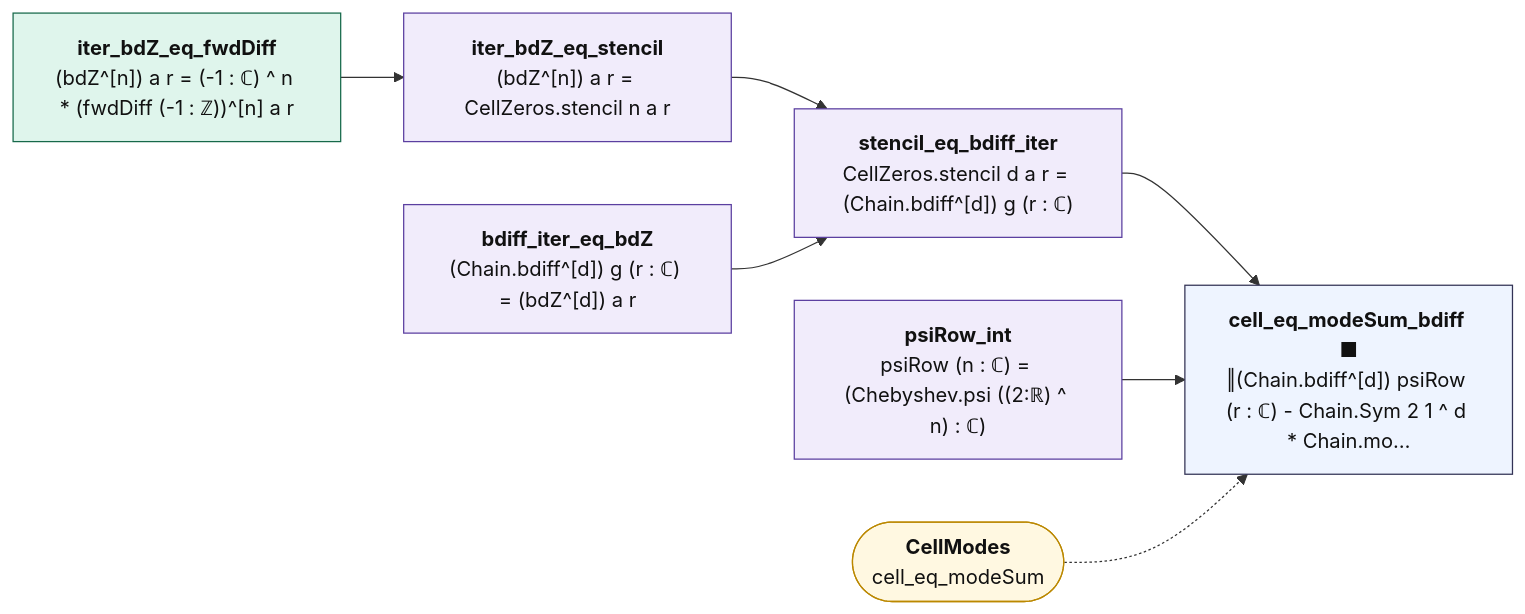
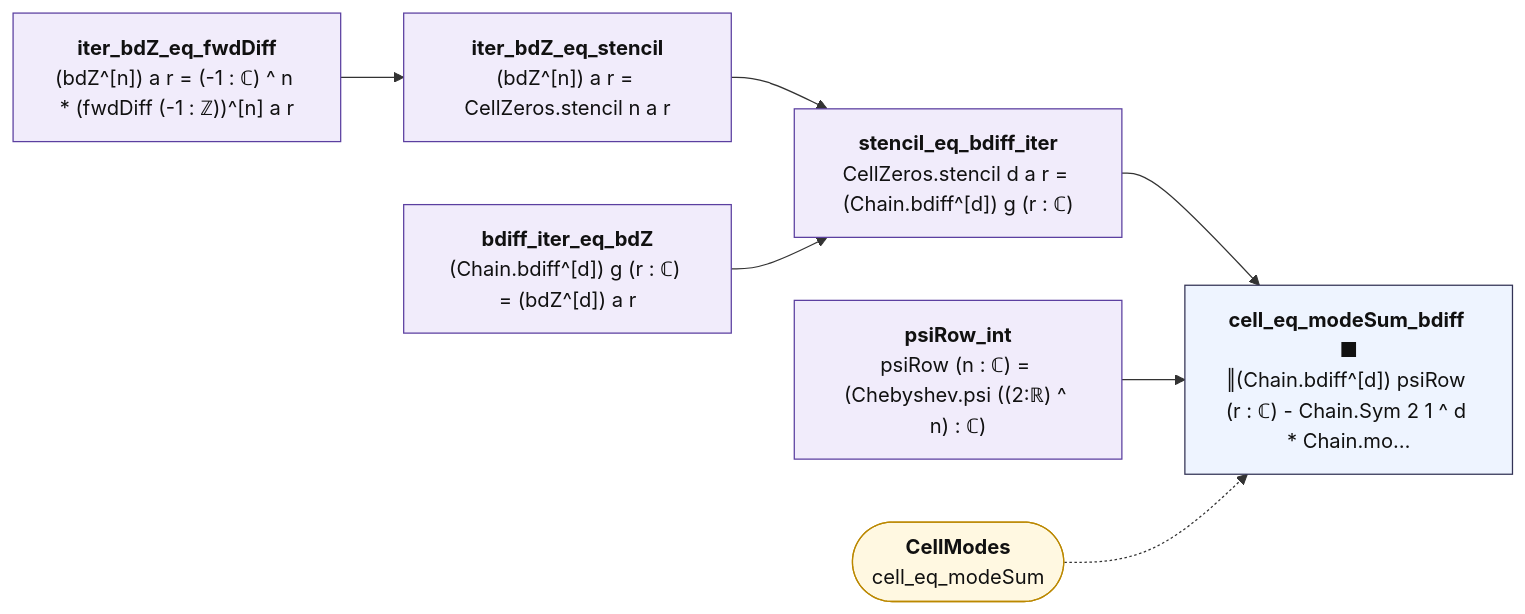
Before and after one commit to juliansambranojr/Primebeat_081426: the diagram in map/lean_stage3/CellBdiff.mmd, drawn with Mermaid. The commit also changed 55 other files, not shown here.

```diff
--- a/map/lean_stage3/CellBdiff.mmd
+++ b/map/lean_stage3/CellBdiff.mmd
@@ -1,22 +1,22 @@
 flowchart LR
-  n0["<b>iter_bdZ_eq_fwdDiff</b><br/>(bdZ^[n]) a r = (-1 : ℂ) ^ n * (fwdDiff (-1 : ℤ))^[n] a r"]:::cnt
+  n0["<b>iter_bdZ_eq_fwdDiff</b><br/>(bdZ^[n]) a r = (-1 : ℂ) ^ n * (fwdDiff (-1 : ℤ))^[n] a r"]:::shp
   n1["<b>iter_bdZ_eq_stencil</b><br/>(bdZ^[n]) a r = CellZeros.stencil n a r"]:::shp
   n2["<b>bdiff_iter_eq_bdZ</b><br/>(Chain.bdiff^[d]) g (r : ℂ) = (bdZ^[d]) a r"]:::shp
   n3["<b>stencil_eq_bdiff_iter</b><br/>CellZeros.stencil d a r = (Chain.bdiff^[d]) g (r : ℂ)"]:::shp
   n4["<b>psiRow_int</b><br/>psiRow (n : ℂ) = (Chebyshev.psi ((2:ℝ) ^ n) : ℂ)"]:::shp
   n5["<b>cell_eq_modeSum_bdiff ■</b><br/>‖(Chain.bdiff^[d]) psiRow (r : ℂ) - Chain.Sym 2 1 ^ d * Chain.mo…"]:::thm
   x0(["<b>CellModes</b><br/>cell_eq_modeSum"]):::ext
   n0 --> n1
   n1 --> n3
   n2 --> n3
   n3 --> n5
   n4 --> n5
   x0 -.-> n5
   classDef cnt fill:#dff5ec,stroke:#17694a,color:#111
   classDef shp fill:#f1ecfb,stroke:#5b3fa0,color:#111
   classDef rh fill:#ffe5e5,stroke:#c22,color:#111,stroke-width:2px
   classDef thm fill:#eef4ff,stroke:#335,color:#111
   classDef end_ fill:#e7f7e7,stroke:#2a7,color:#111,stroke-width:2px
   classDef lone fill:#fff,stroke:#999,color:#111,stroke-dasharray:4 3
   classDef bad fill:#ffe5e5,stroke:#c22,color:#111,stroke-width:2px
   classDef ext fill:#fff8e1,stroke:#b80,color:#111
```
